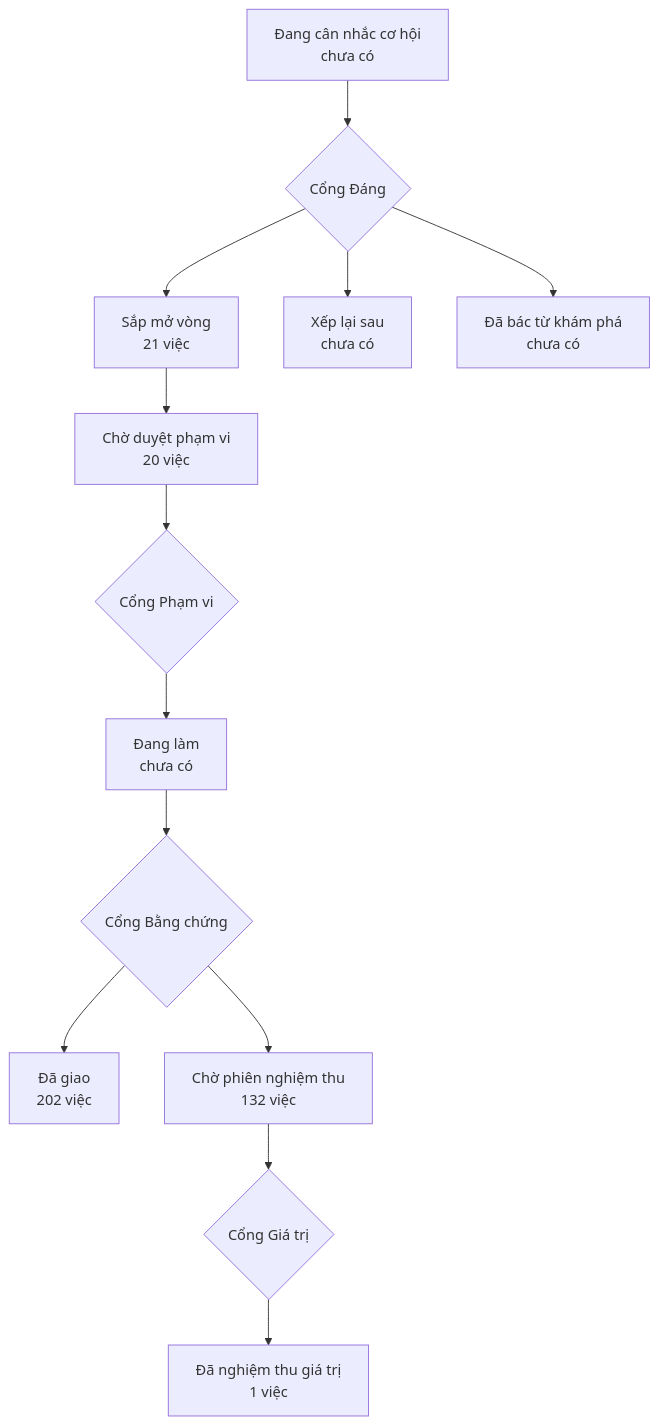
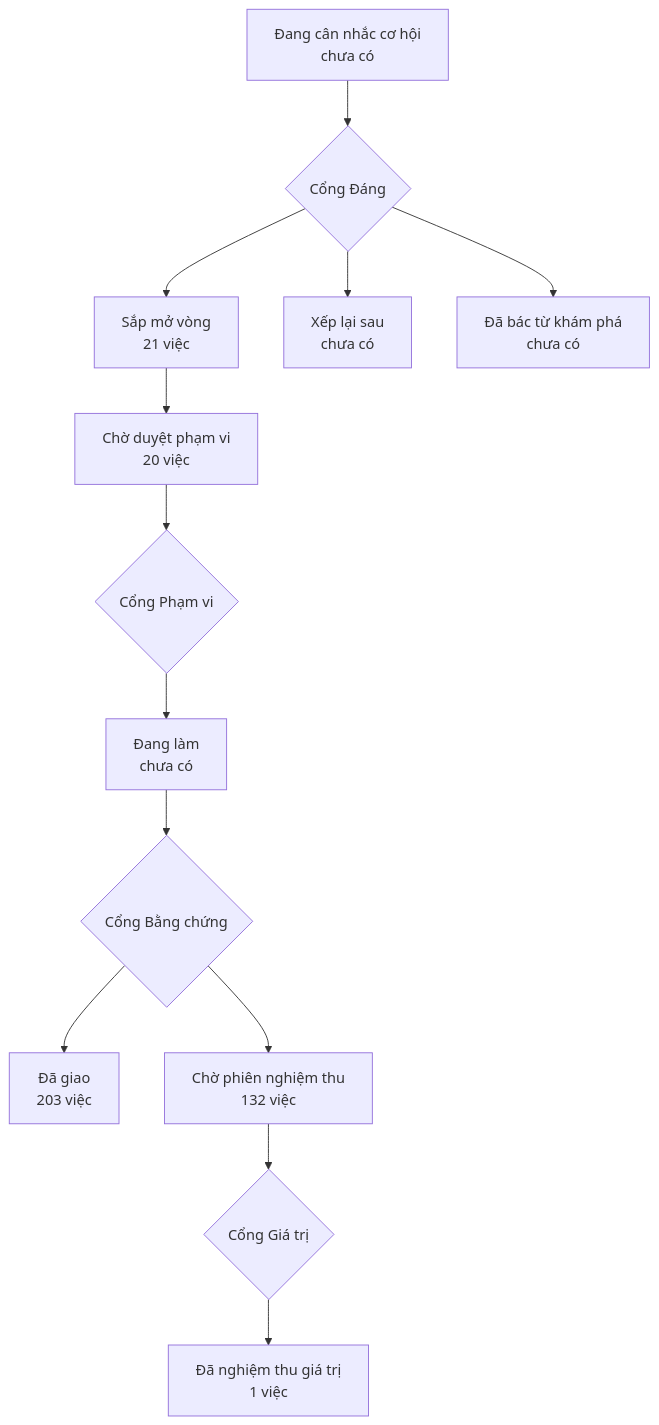
The diagram in PRODUCT-MAP.md (phanlemanh/onehub-invest), drawn with Mermaid before and after one commit. The commit also changed other lines of this file and 1 other file, not shown here.

Commit message:
chore(map): vẽ lại bản đồ sản phẩm sau gộp main

````diff
--- a/PRODUCT-MAP.md
+++ b/PRODUCT-MAP.md
@@ -7,12 +7,12 @@
 ```mermaid
 flowchart TD
   A["Đang cân nhắc cơ hội<br/>chưa có"] --> GD{"Cổng Đáng"}
   GD --> B["Sắp mở vòng<br/>21 việc"]
   GD --> XL["Xếp lại sau<br/>chưa có"]
   GD --> DB["Đã bác từ khám phá<br/>chưa có"]
   B --> CD["Chờ duyệt phạm vi<br/>20 việc"] --> GP{"Cổng Phạm vi"}
   GP --> DL["Đang làm<br/>chưa có"] --> GB{"Cổng Bằng chứng"}
-  GB --> DG["Đã giao<br/>202 việc"]
+  GB --> DG["Đã giao<br/>203 việc"]
   GB --> CN["Chờ phiên nghiệm thu<br/>132 việc"] --> GG{"Cổng Giá trị"}
   GG --> NT["Đã nghiệm thu giá trị<br/>1 việc"]
 ```
````
